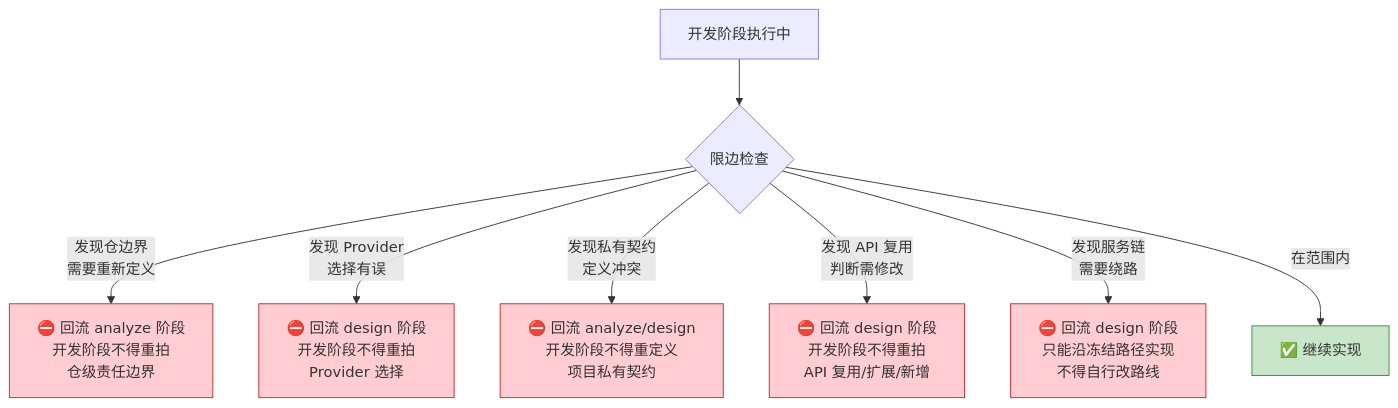
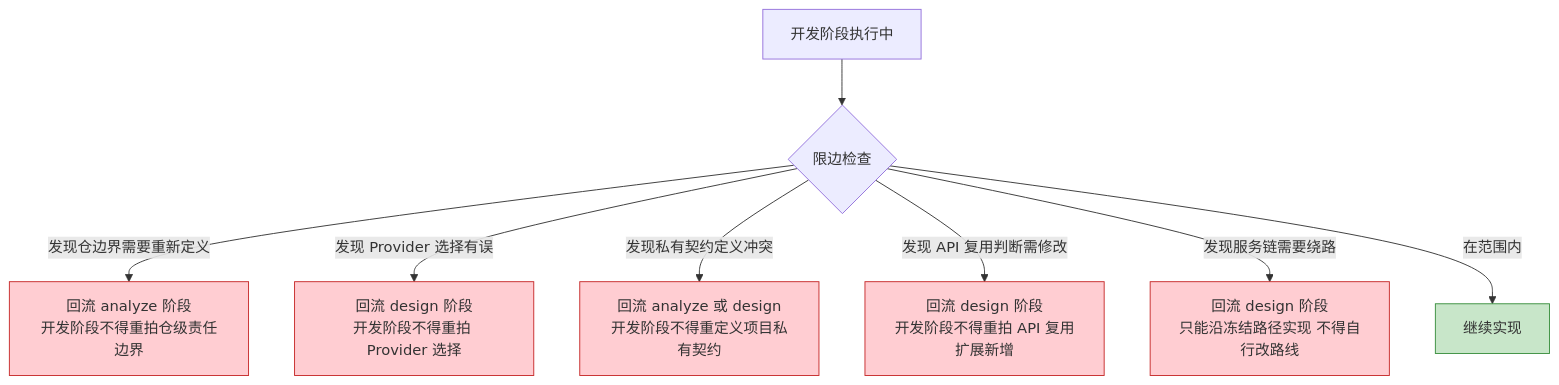
The third of 5 diagrams in mes-ai-dev/workspace/training/04-phase-develop-flowchart.md (mes-openai/mes-ai-dev), drawn with Mermaid before and after one commit. The commit also changed other lines of this file and 12 other files, not shown here.

Commit message:
重新生成阶段流程图

````diff
--- a/mes-ai-dev/workspace/training/04-phase-develop-flowchart.md
+++ b/mes-ai-dev/workspace/training/04-phase-develop-flowchart.md
@@ -186,18 +180,18 @@
 ```mermaid
 flowchart TB
-    DEV_START[开发阶段执行中] --> CHECK_LIMIT{限边检查}
+    DEV_START["开发阶段执行中"] --> CHECK_LIMIT{"限边检查"}
 
-    CHECK_LIMIT -->|发现仓边界<br/>需要重新定义| REFLOW_1[⛔ 回流 analyze 阶段<br/>开发阶段不得重拍<br/>仓级责任边界]
-    CHECK_LIMIT -->|发现 Provider<br/>选择有误| REFLOW_2[⛔ 回流 design 阶段<br/>开发阶段不得重拍<br/>Provider 选择]
-    CHECK_LIMIT -->|发现私有契约<br/>定义冲突| REFLOW_3[⛔ 回流 analyze/design<br/>开发阶段不得重定义<br/>项目私有契约]
-    CHECK_LIMIT -->|发现 API 复用<br/>判断需修改| REFLOW_4[⛔ 回流 design 阶段<br/>开发阶段不得重拍<br/>API 复用/扩展/新增]
-    CHECK_LIMIT -->|发现服务链<br/>需要绕路| REFLOW_5[⛔ 回流 design 阶段<br/>只能沿冻结路径实现<br/>不得自行改路线]
-    CHECK_LIMIT -->|在范围内| CONTINUE[✅ 继续实现]
+    CHECK_LIMIT -->|"发现仓边界需要重新定义"| REFLOW_1["回流 analyze 阶段<br>开发阶段不得重拍仓级责任边界"]
+    CHECK_LIMIT -->|"发现 Provider 选择有误"| REFLOW_2["回流 design 阶段<br>开发阶段不得重拍 Provider 选择"]
+    CHECK_LIMIT -->|"发现私有契约定义冲突"| REFLOW_3["回流 analyze 或 design<br>开发阶段不得重定义项目私有契约"]
+    CHECK_LIMIT -->|"发现 API 复用判断需修改"| REFLOW_4["回流 design 阶段<br>开发阶段不得重拍 API 复用扩展新增"]
+    CHECK_LIMIT -->|"发现服务链需要绕路"| REFLOW_5["回流 design 阶段<br>只能沿冻结路径实现 不得自行改路线"]
+    CHECK_LIMIT -->|"在范围内"| CONTINUE["继续实现"]
 
     style REFLOW_1 fill:#FFCDD2,stroke:#C62828
     style REFLOW_2 fill:#FFCDD2,stroke:#C62828
     style REFLOW_3 fill:#FFCDD2,stroke:#C62828
     style REFLOW_4 fill:#FFCDD2,stroke:#C62828
     style REFLOW_5 fill:#FFCDD2,stroke:#C62828
     style CONTINUE fill:#C8E6C9,stroke:#388E3C
 ```
````
